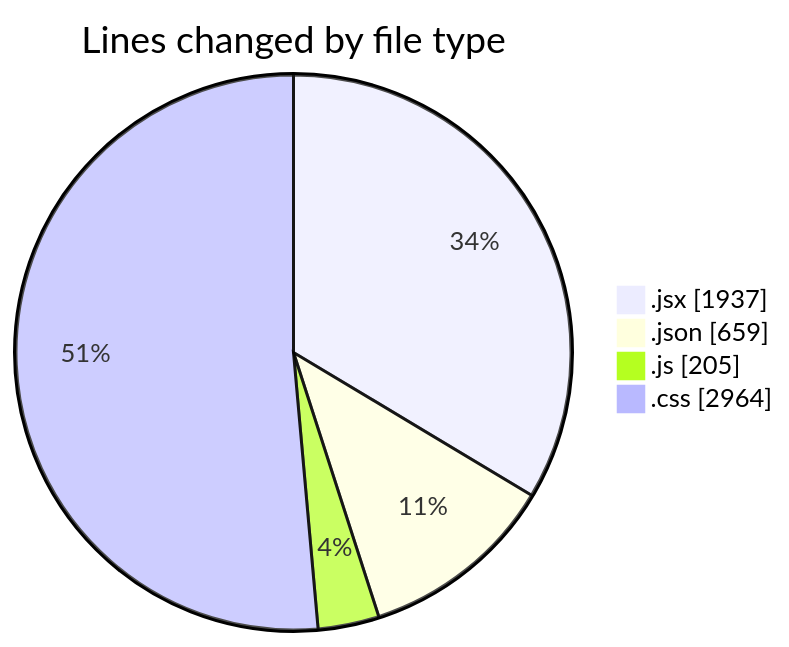
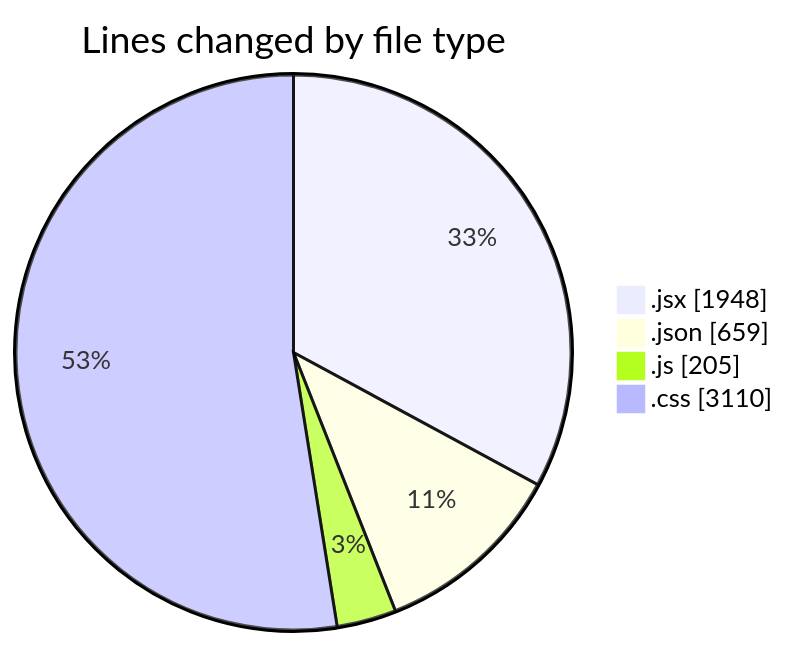
Before and after one commit to BS-eng2023/code-tracking: the first of 2 diagrams in 2025-05-04/project/README.md, drawn with Mermaid. The commit also changed other lines of this file and 1 other file, not shown here.

````diff
--- a/2025-05-04/project/README.md
+++ b/2025-05-04/project/README.md
@@ -43,8 +43,8 @@
 ```mermaid
 pie showData
 title Lines changed by file type
-".jsx" : 1937
+".jsx" : 1948
 ".json" : 659
 ".js" : 205
-".css" : 2964
+".css" : 3110
 ```
````
